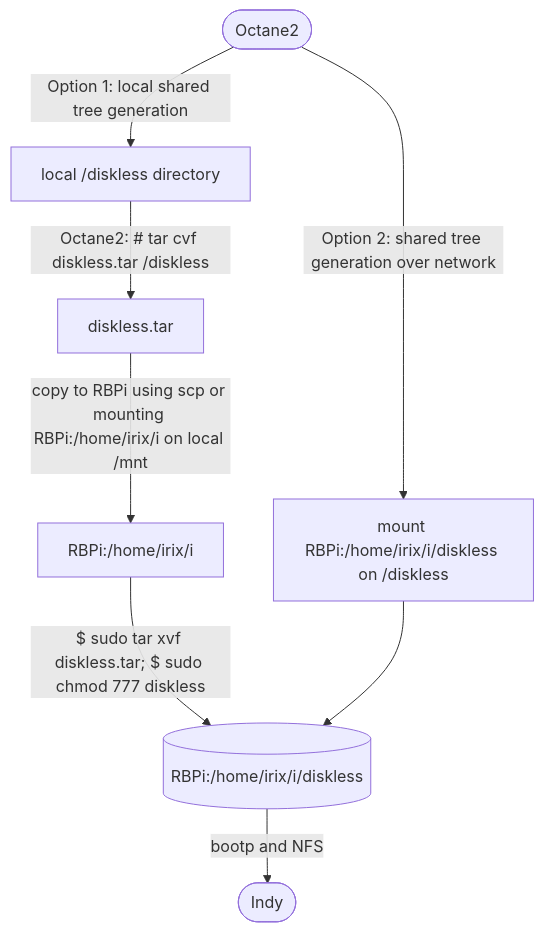
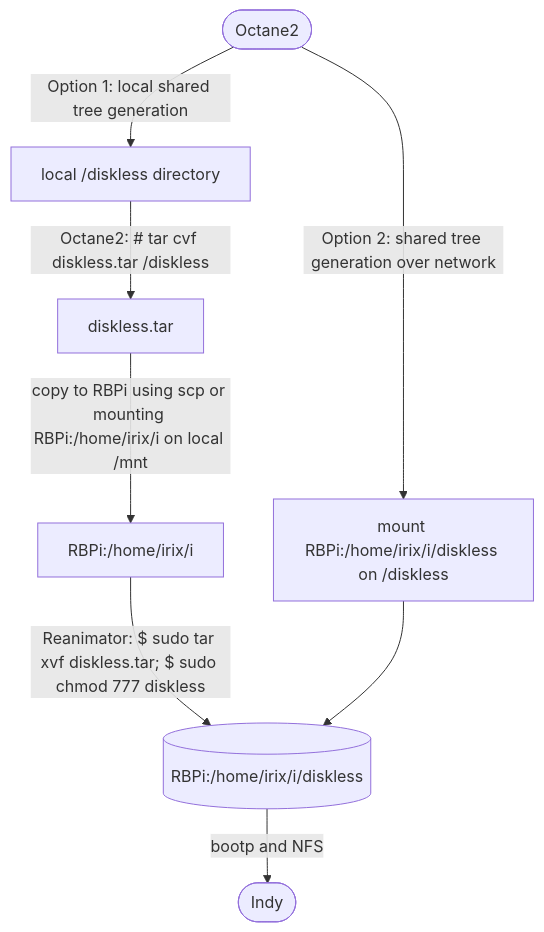
The first of 3 diagrams in README.md (Linux-RISC/IRIX-diskless-workstation), drawn with Mermaid before and after one commit. The commit also changed other lines of this file, not shown here.

````diff
--- a/README.md
+++ b/README.md
@@ -32,7 +32,7 @@
 ```mermaid
 graph TD;
     Octane2([Octane2])--Option 1: local shared tree generation-->local_diskless[local /diskless directory]--Octane2: # tar cvf diskless.tar /diskless-->diskless.tar;
-    diskless.tar--copy to RBPi using scp or mounting RBPi:/home/irix/i on local /mnt-->RBPi:/home/irix/i--"$ sudo tar xvf diskless.tar; $ sudo chmod 777 diskless"-->RBPi[(RBPi:/home/irix/i/diskless)];
+    diskless.tar--copy to RBPi using scp or mounting RBPi:/home/irix/i on local /mnt-->RBPi:/home/irix/i--"Reanimator: $ sudo tar xvf diskless.tar; $ sudo chmod 777 diskless"-->RBPi[(RBPi:/home/irix/i/diskless)];
    Octane2([Octane2])--Option 2: shared tree generation over network-->mount_RBPi[mount RBPi:/home/irix/i/diskless on /diskless]-->RBPi[(RBPi:/home/irix/i/diskless)];
    RBPi[(RBPi:/home/irix/i/diskless)]--bootp and NFS-->Indy([Indy]);
 ```
````
